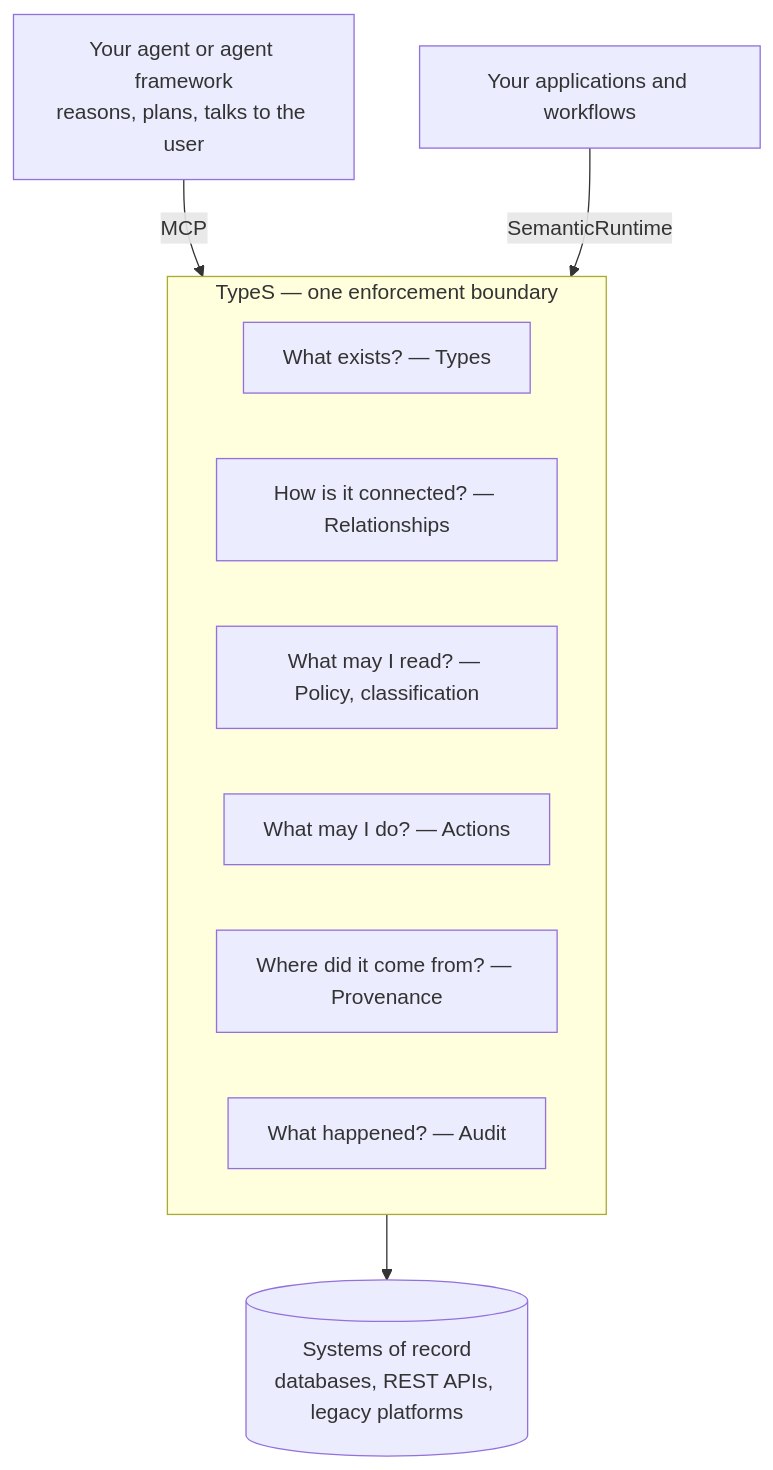
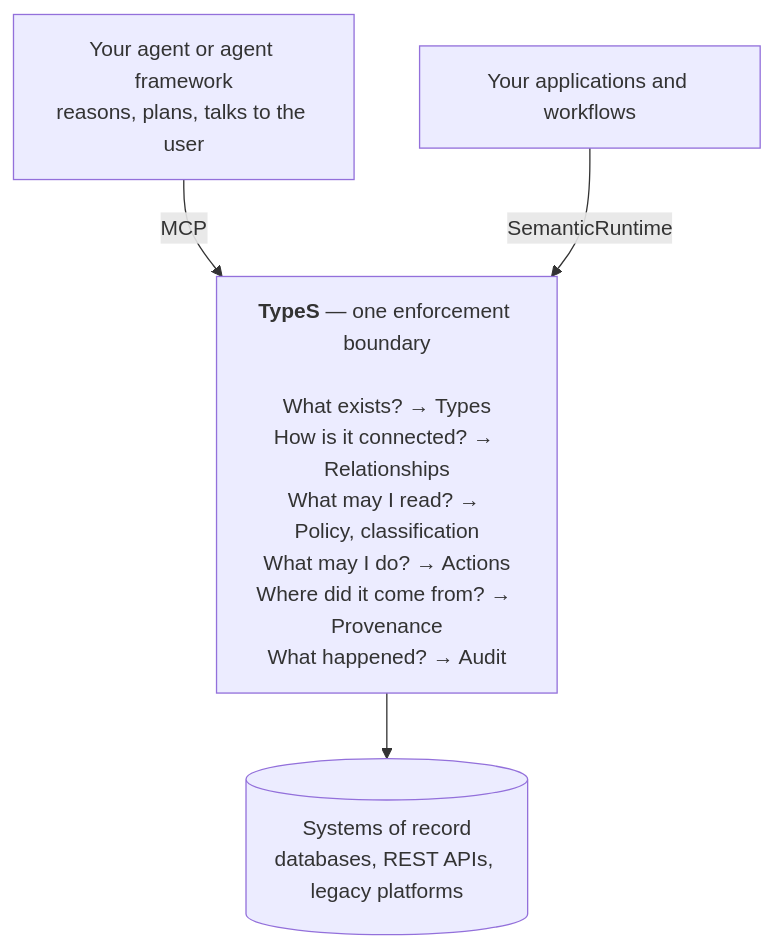
The third of 6 diagrams in README.md (marlinspike/TypeSystem), drawn with Mermaid before and after one commit. The commit also changed other lines of this file and 1 other file, not shown here.

````diff
--- a/README.md
+++ b/README.md
@@ -47,18 +106,10 @@
 ```mermaid
 flowchart TB
     fw["Your agent or agent framework<br/>reasons, plans, talks to the user"]
     app["Your applications and workflows"]
-    subgraph ts["TypeS — one enforcement boundary"]
-        direction LR
-        q1["What exists? — Types"]
-        q2["How is it connected? — Relationships"]
-        q3["What may I read? — Policy, classification"]
-        q4["What may I do? — Actions"]
-        q5["Where did it come from? — Provenance"]
-        q6["What happened? — Audit"]
-    end
+    ts["<b>TypeS</b> — one enforcement boundary<br/><br/>What exists? → Types<br/>How is it connected? → Relationships<br/>What may I read? → Policy, classification<br/>What may I do? → Actions<br/>Where did it come from? → Provenance<br/>What happened? → Audit"]
     src[("Systems of record<br/>databases, REST APIs, legacy platforms")]
     fw -- MCP --> ts
     app -- SemanticRuntime --> ts
     ts --> src
 ```
````
